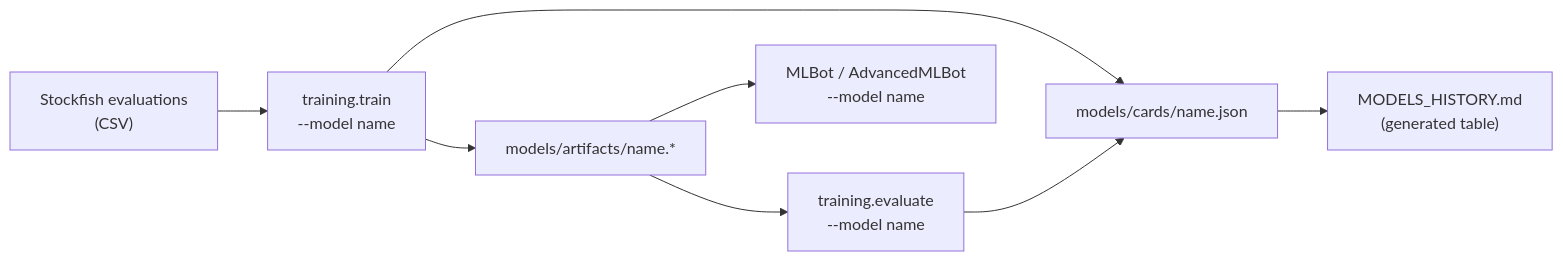
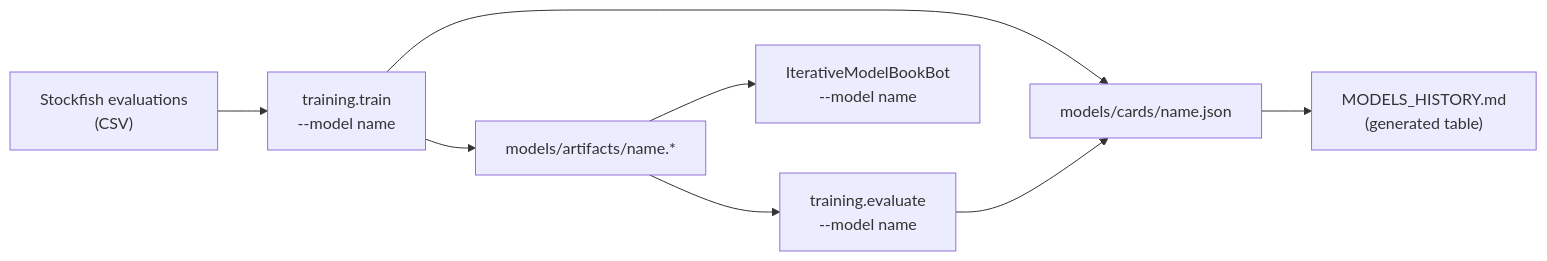
The diagram in docs/ADDING_A_MODEL.md (JoaquinDeVA/chess-ai-engine), drawn with Mermaid before and after one commit. The commit also changed other lines of this file and 27 other files, not shown here.

````diff
--- a/docs/ADDING_A_MODEL.md
+++ b/docs/ADDING_A_MODEL.md
@@ -10,10 +10,10 @@
 ```mermaid
 flowchart LR
     D["Stockfish evaluations<br/>(CSV)"] --> T["training.train<br/>--model name"]
     T --> A["models/artifacts/name.*"]
     T --> C["models/cards/name.json"]
     A --> E["training.evaluate<br/>--model name"]
     E --> C
     C --> H["MODELS_HISTORY.md<br/>(generated table)"]
-    A --> B["MLBot / AdvancedMLBot<br/>--model name"]
+    A --> B["IterativeModelBookBot<br/>--model name"]
 ```
````
